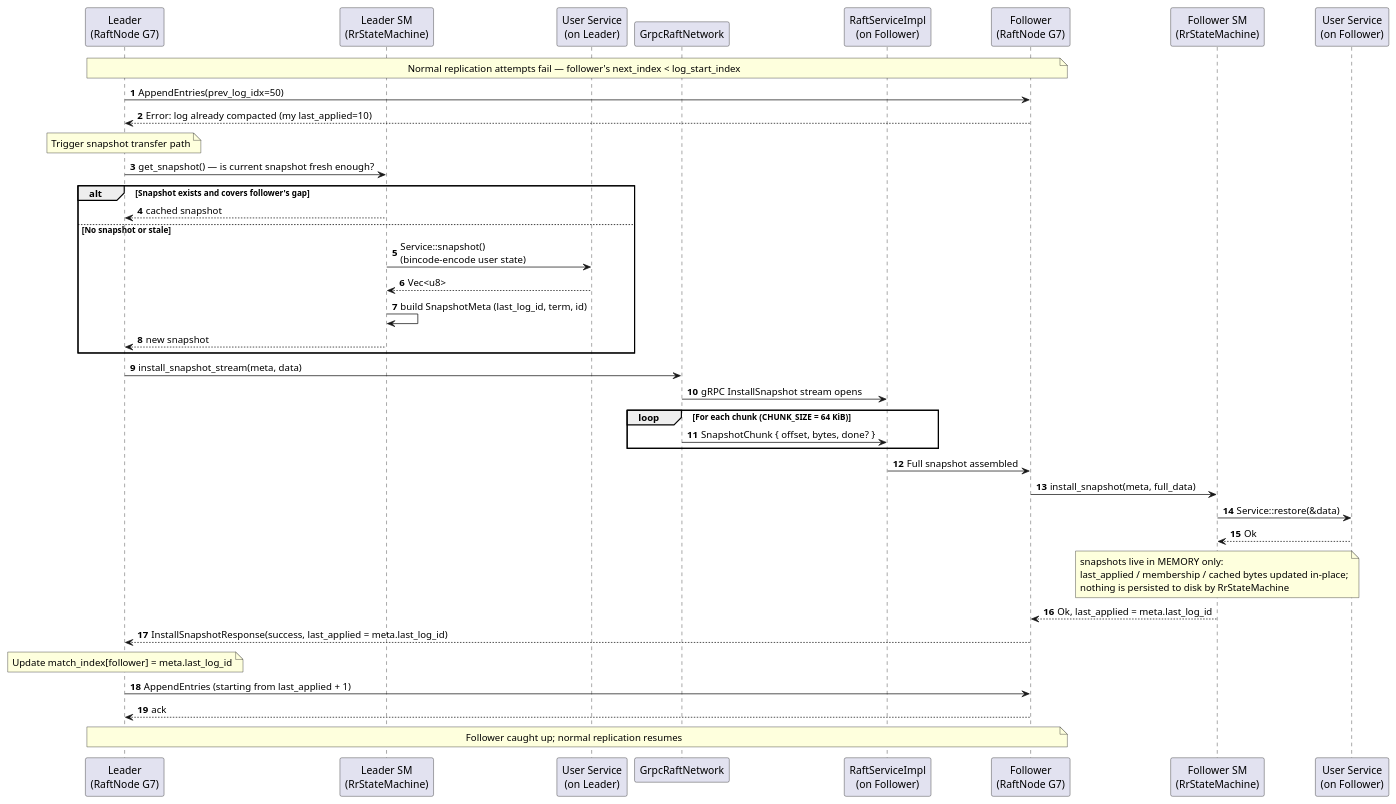
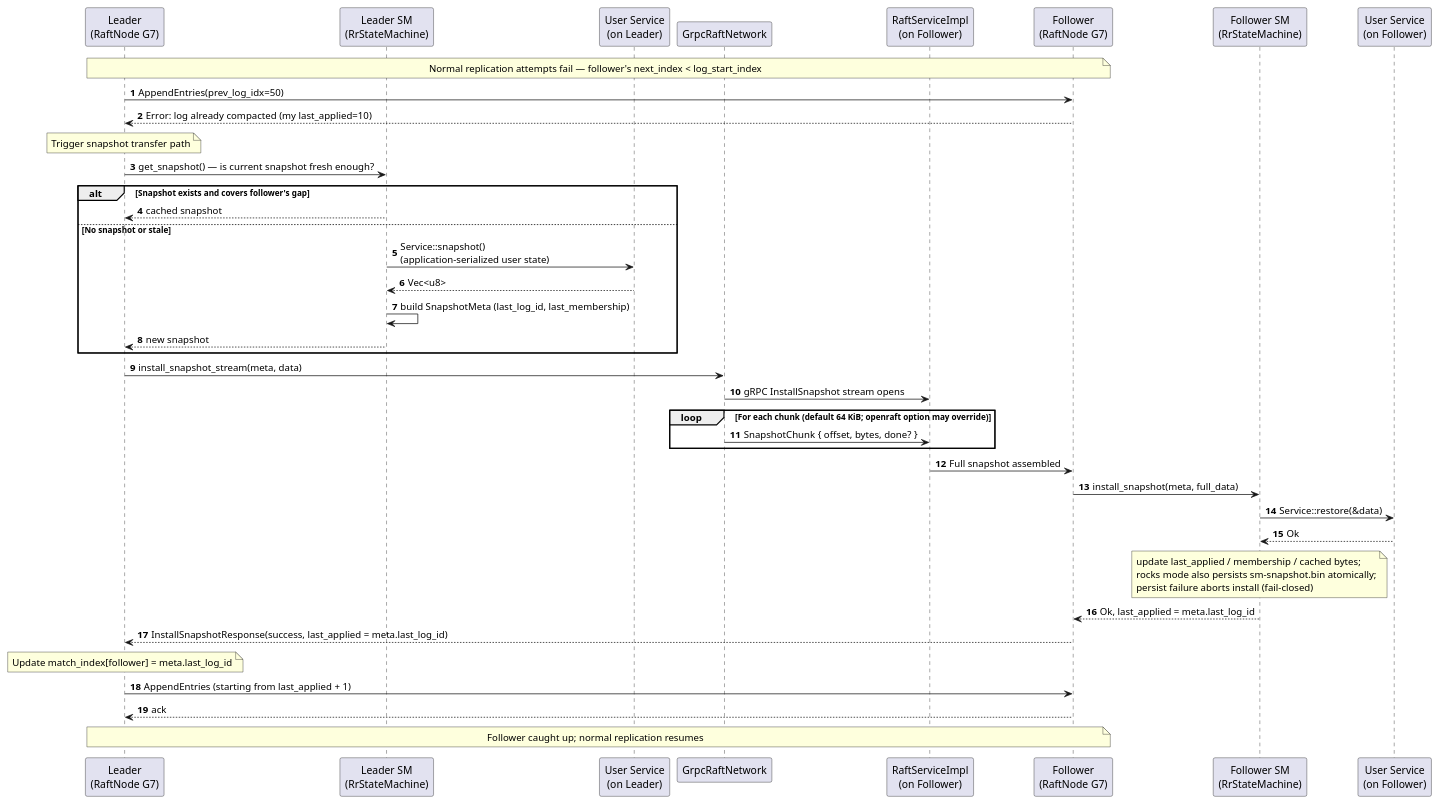
Before and after one commit to gardenias/rr: the second of 2 diagrams in docs/docs/architecture/c4/dynamic-snapshot-transfer.md, drawn with PlantUML. The commit also changed other lines of this file and 130 other files, not shown here.

````diff
--- a/docs/docs/architecture/c4/dynamic-snapshot-transfer.md
+++ b/docs/docs/architecture/c4/dynamic-snapshot-transfer.md
@@ -54,50 +53,50 @@
 ```plantuml
 @startuml
 autonumber
 participant L as "Leader\n(RaftNode G7)"
 participant LSM as "Leader SM\n(RrStateMachine)"
 participant LSvc as "User Service\n(on Leader)"
 participant LNet as "GrpcRaftNetwork"
 participant FNet as "RaftServiceImpl\n(on Follower)"
 participant F as "Follower\n(RaftNode G7)"
 participant FSM as "Follower SM\n(RrStateMachine)"
 participant FSvc as "User Service\n(on Follower)"
 
 note over L, F : Normal replication attempts fail — follower's next_index < log_start_index
 L -> F : AppendEntries(prev_log_idx=50)
 F --> L : Error: log already compacted (my last_applied=10)
 
 note over L : Trigger snapshot transfer path
 L -> LSM : get_snapshot() — is current snapshot fresh enough?
 alt Snapshot exists and covers follower's gap
   LSM --> L : cached snapshot
 else No snapshot or stale
-  LSM -> LSvc : Service::snapshot()\n(bincode-encode user state)
+  LSM -> LSvc : Service::snapshot()\n(application-serialized user state)
   LSvc --> LSM : Vec<u8>
-  LSM -> LSM : build SnapshotMeta (last_log_id, term, id)
+  LSM -> LSM : build SnapshotMeta (last_log_id, last_membership)
   LSM --> L : new snapshot
 end
 
 L -> LNet : install_snapshot_stream(meta, data)
 LNet -> FNet : gRPC InstallSnapshot stream opens
 
-loop For each chunk (CHUNK_SIZE = 64 KiB)
+loop For each chunk (default 64 KiB; openraft option may override)
   LNet -> FNet : SnapshotChunk { offset, bytes, done? }
 end
 
 FNet -> F : Full snapshot assembled
 F -> FSM : install_snapshot(meta, full_data)
 FSM -> FSvc : Service::restore(&data)
 FSvc --> FSM : Ok
-note over FSM : snapshots live in MEMORY only:\nlast_applied / membership / cached bytes updated in-place;\nnothing is persisted to disk by RrStateMachine
+note over FSM : update last_applied / membership / cached bytes;\nrocks mode also persists sm-snapshot.bin atomically;\npersist failure aborts install (fail-closed)
 FSM --> F : Ok, last_applied = meta.last_log_id
 
 F --> L : InstallSnapshotResponse(success, last_applied = meta.last_log_id)
 
 note over L : Update match_index[follower] = meta.last_log_id
 L -> F : AppendEntries (starting from last_applied + 1)
 F --> L : ack
 
 note over L, F : Follower caught up; normal replication resumes
 @enduml
 ```
````
